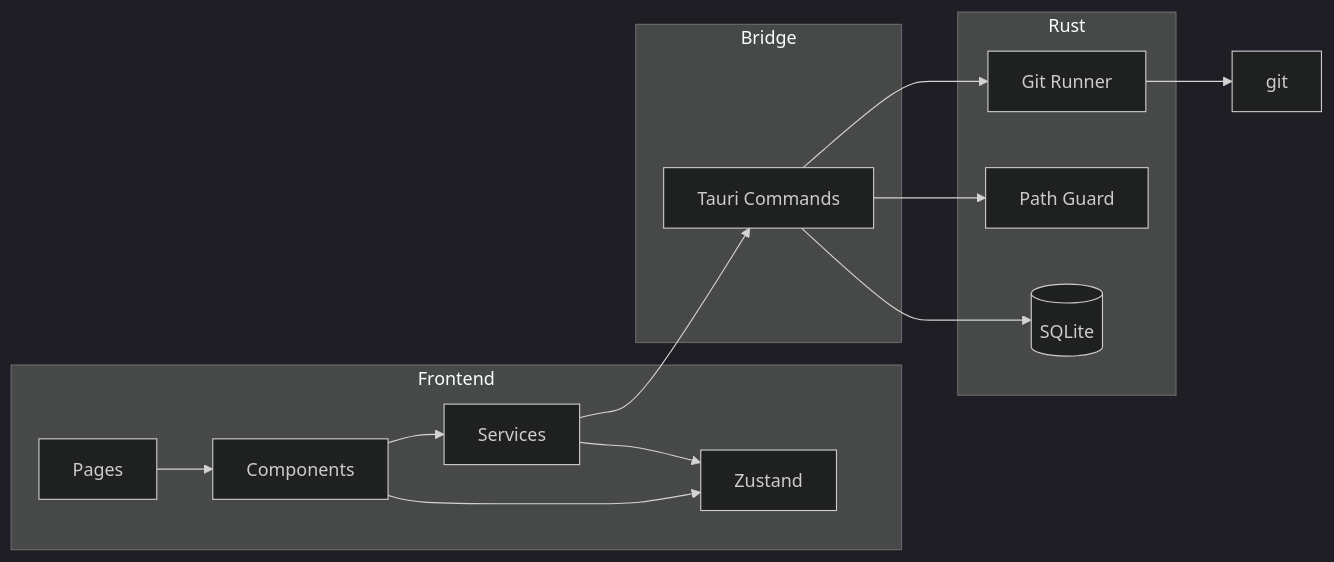
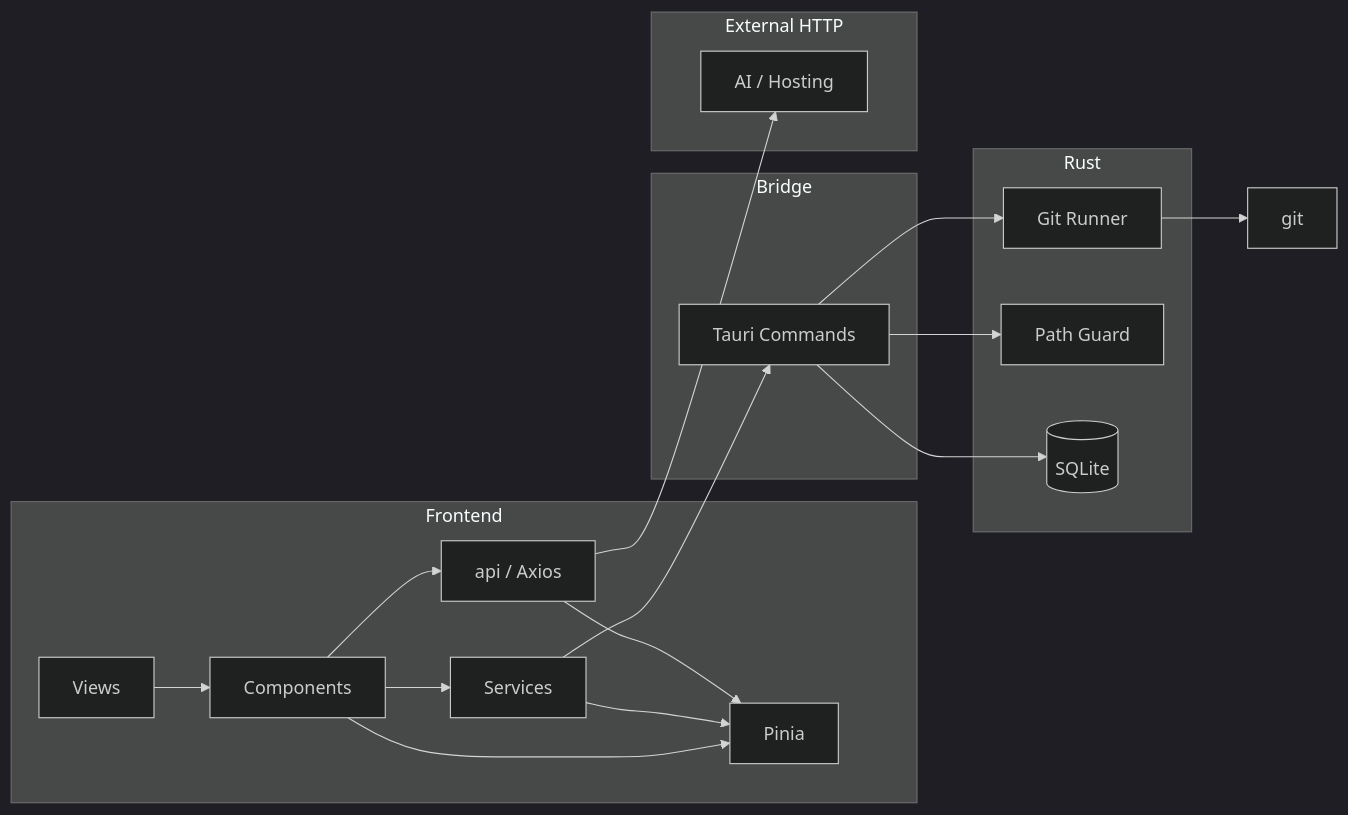
The first of 2 diagrams in docs/architecture/overview.md (DonutGeek/jl-git), drawn with Mermaid (dark theme) before and after one commit. The commit also changed other lines of this file and 426 other files, not shown here.

````diff
--- a/docs/architecture/overview.md
+++ b/docs/architecture/overview.md
@@ -32,24 +30,32 @@
 ```mermaid
 flowchart LR
   subgraph frontend [Frontend]
-    P[Pages]
+    P[Views]
     C[Components]
     S[Services]
-    Z[Zustand]
-    P --> C --> S
+    A[api / Axios]
+    Z[Pinia]
+    P --> C
+    C --> S
+    C --> A
     C --> Z
     S --> Z
+    A --> Z
   end
   subgraph bridge [Bridge]
     CMD[Tauri Commands]
   end
   subgraph backend [Rust]
     G[Git Runner]
     FS[Path Guard]
     DB[(SQLite)]
   end
+  subgraph http [External HTTP]
+    NET[AI / Hosting]
+  end
   S --> CMD --> G
   CMD --> FS
   CMD --> DB
   G --> CLI[git]
+  A --> NET
 ```
````
